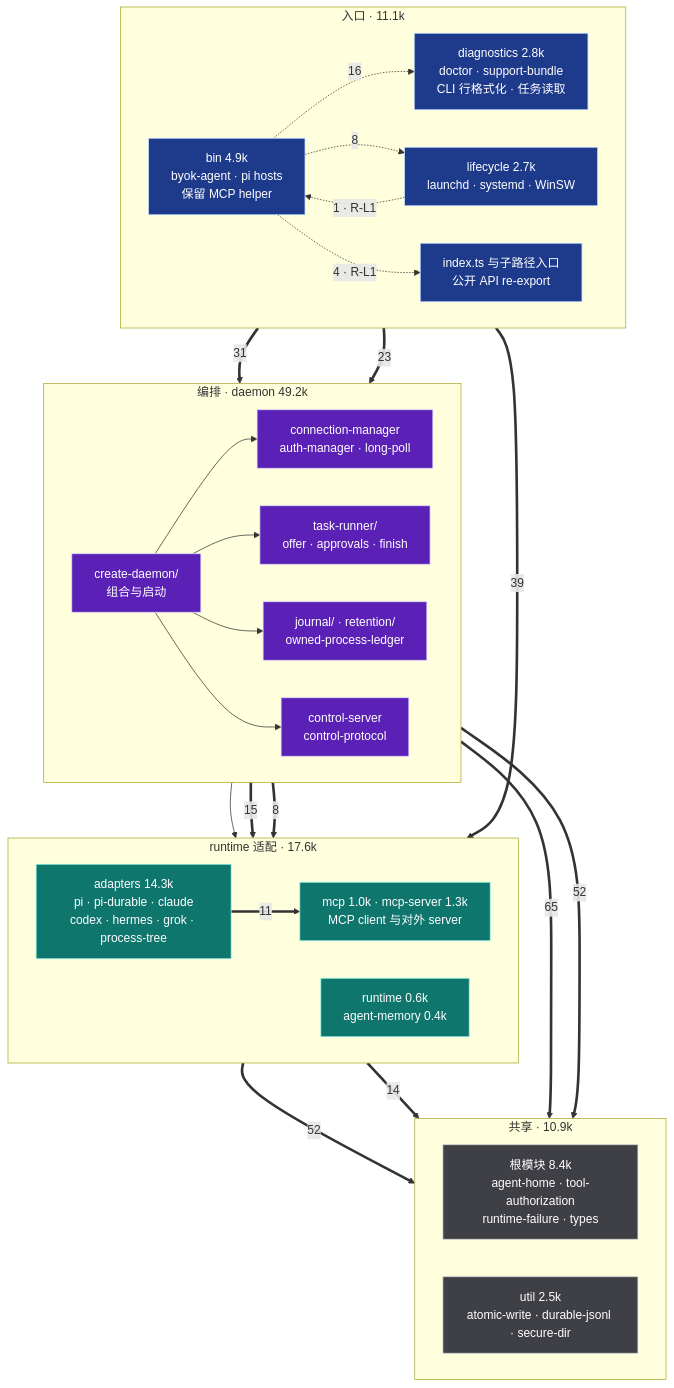
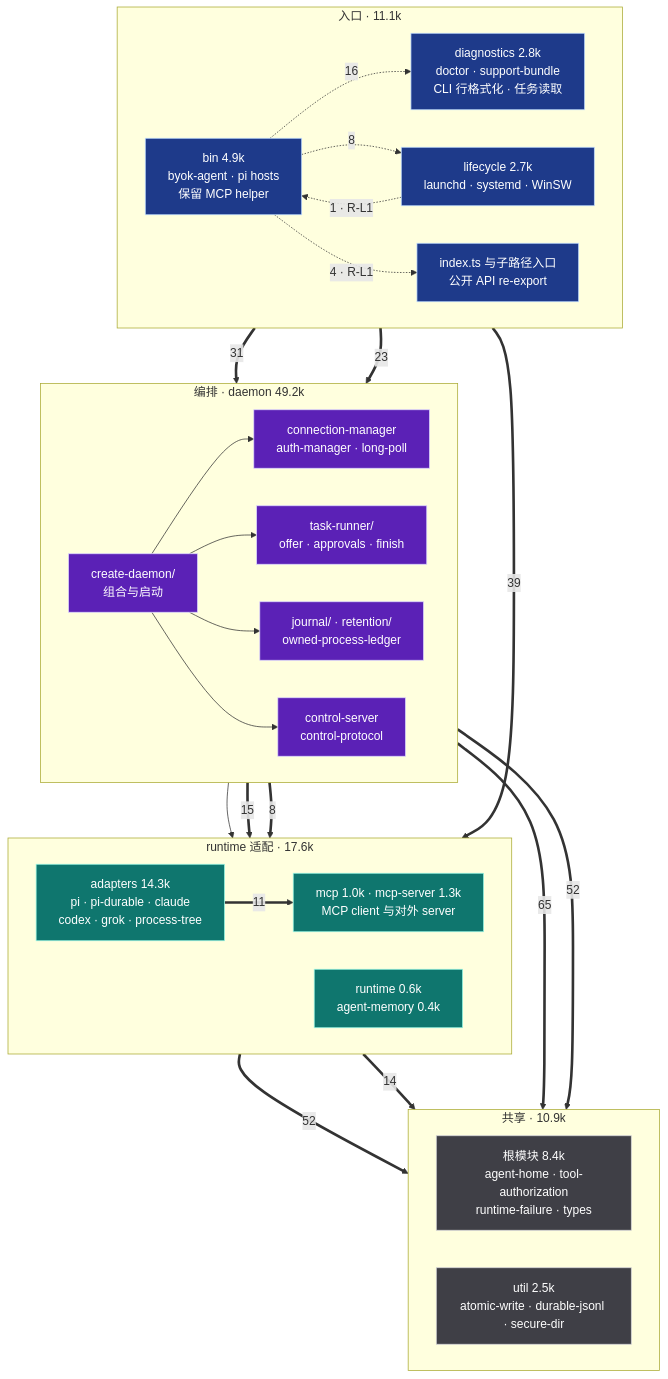
One commit to Ancienttwo/byok-sdk changed the second of 7 diagrams in docs/architecture/layered-architecture.md. Above: the diagram before and after it, drawn with Mermaid. The commit also changed other lines of this file and 92 other files, not shown here.

````diff
--- a/docs/architecture/layered-architecture.md
+++ b/docs/architecture/layered-architecture.md
@@ -140,57 +140,57 @@
 ```mermaid
 flowchart TB
   classDef entry fill:#1e3a8a,stroke:#bfdbfe,color:#fff
   classDef orch fill:#5b21b6,stroke:#ddd6fe,color:#fff
   classDef adapt fill:#0f766e,stroke:#99f6e4,color:#fff
   classDef util fill:#3f3f46,stroke:#d4d4d8,color:#fff
 
   subgraph E["入口 · 11.1k"]
     direction LR
     Bin["bin 4.9k<br/>byok-agent · pi hosts<br/>保留 MCP helper"]:::entry
     Idx["index.ts 与子路径入口<br/>公开 API re-export"]:::entry
     Life["lifecycle 2.7k<br/>launchd · systemd · WinSW"]:::entry
     Diag["diagnostics 2.8k<br/>doctor · support-bundle<br/>CLI 行格式化 · 任务读取"]:::entry
   end
 
   subgraph O["编排 · daemon 49.2k"]
     direction LR
     CD["create-daemon/<br/>组合与启动"]:::orch
     Conn["connection-manager<br/>auth-manager · long-poll"]:::orch
     TR["task-runner/<br/>offer · approvals · finish"]:::orch
     Jr["journal/ · retention/<br/>owned-process-ledger"]:::orch
     Ctl["control-server<br/>control-protocol"]:::orch
   end
 
   subgraph A["runtime 适配 · 17.6k"]
     direction LR
-    Ad["adapters 14.3k<br/>pi · pi-durable · claude<br/>codex · hermes · grok · process-tree"]:::adapt
+    Ad["adapters 14.3k<br/>pi · pi-durable · claude<br/>codex · grok · process-tree"]:::adapt
     Mcp["mcp 1.0k · mcp-server 1.3k<br/>MCP client 与对外 server"]:::adapt
     Sub["runtime 0.6k<br/>agent-memory 0.4k"]:::adapt
   end
 
   subgraph S["共享 · 10.9k"]
     direction LR
     Root["根模块 8.4k<br/>agent-home · tool-authorization<br/>runtime-failure · types"]:::util
     Util["util 2.5k<br/>atomic-write · durable-jsonl · secure-dir"]:::util
   end
 
   Bin ==>|"31"| O
   Bin ==>|"39"| Ad
   Diag ==>|"23"| O
   CD --> Conn
   CD --> TR
   CD --> Jr
   CD --> Ctl
   TR --> Ad
   O ==>|"15"| Ad
   O ==>|"8"| Mcp
   Ad ==>|"11"| Mcp
   O ==>|"65"| Root
   Ad ==>|"52"| Root
   O ==>|"52"| Util
   Ad ==>|"14"| Util
   Bin -.->|"16"| Diag
   Bin -.->|"8"| Life
   Life -.->|"1 · R-L1"| Bin
   Bin -.->|"4 · R-L1"| Idx
 ```
````
